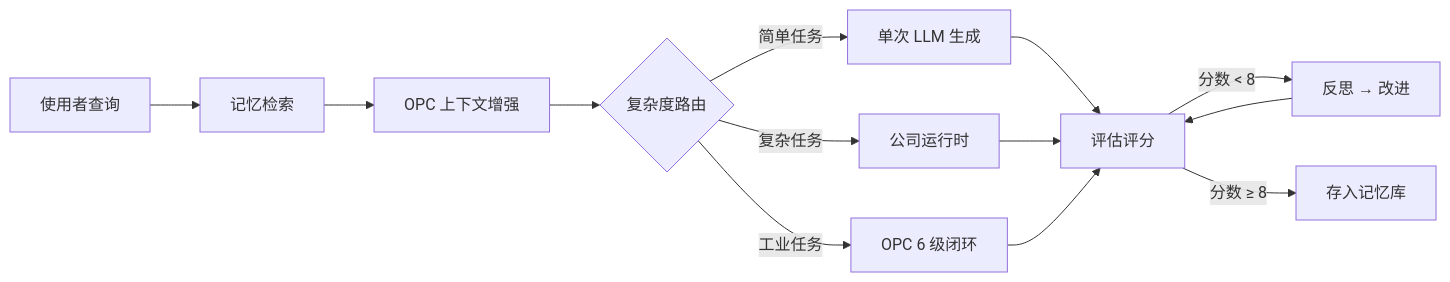
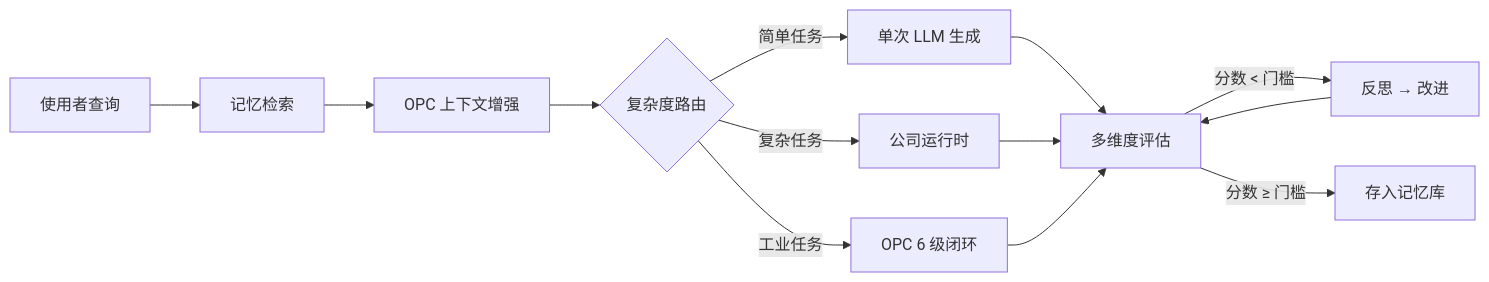
The diagram in README.md (iiooiioo888/Evoloop), drawn with Mermaid before and after one commit. The commit also changed other lines of this file, not shown here.

````diff
--- a/README.md
+++ b/README.md
@@ -46,15 +49,15 @@
 ```mermaid
 graph LR
     A[使用者查询] --> B[记忆检索]
     B --> C[OPC 上下文增强]
     C --> D{复杂度路由}
     D -->|简单任务| E[单次 LLM 生成]
     D -->|复杂任务| F[公司运行时]
     D -->|工业任务| G[OPC 6 级闭环]
-    E --> H[评估评分]
+    E --> H[多维度评估]
     F --> H
     G --> H
-    H -->|分数 < 8| I[反思 → 改进]
+    H -->|分数 < 门槛| I[反思 → 改进]
     I --> H
-    H -->|分数 ≥ 8| J[存入记忆库]
+    H -->|分数 ≥ 门槛| J[存入记忆库]
 ```
````
